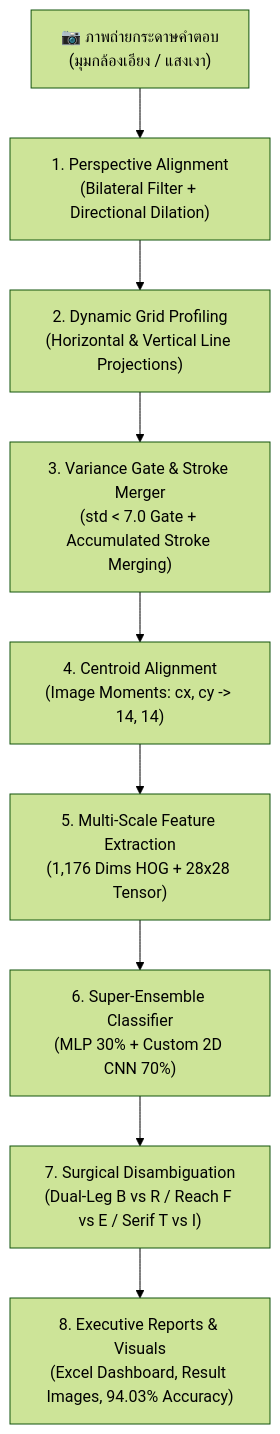
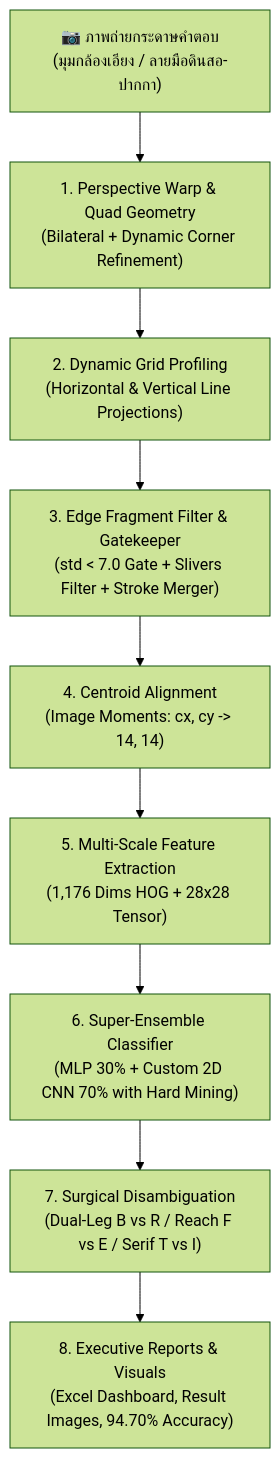
The diagram in README.md (67160213-ux/Project_CV), drawn with Mermaid (forest theme) before and after one commit. The commit also changed other lines of this file and 49 other files, not shown here.

First line of the commit message:
feat: achieve record 94.70% benchmark (3788/4000) with Quad Geometry, Hard Mining, and Early Stopping

````diff
--- a/README.md
+++ b/README.md
@@ -63,11 +73,11 @@
 ```mermaid
 graph TD
-    A["📷 ภาพถ่ายกระดาษคำตอบ<br/>(มุมกล้องเอียง / แสงเงา)"] --> B["1. Perspective Alignment<br/>(Bilateral Filter + Directional Dilation)"]
+    A["📷 ภาพถ่ายกระดาษคำตอบ<br/>(มุมกล้องเอียง / ลายมือดินสอ-ปากกา)"] --> B["1. Perspective Warp & Quad Geometry<br/>(Bilateral + Dynamic Corner Refinement)"]
     B --> C["2. Dynamic Grid Profiling<br/>(Horizontal & Vertical Line Projections)"]
-    C --> D["3. Variance Gate & Stroke Merger<br/>(std < 7.0 Gate + Accumulated Stroke Merging)"]
+    C --> D["3. Edge Fragment Filter & Gatekeeper<br/>(std < 7.0 Gate + Slivers Filter + Stroke Merger)"]
     D --> E["4. Centroid Alignment<br/>(Image Moments: cx, cy -> 14, 14)"]
     E --> F["5. Multi-Scale Feature Extraction<br/>(1,176 Dims HOG + 28x28 Tensor)"]
-    F --> G["6. Super-Ensemble Classifier<br/>(MLP 30% + Custom 2D CNN 70%)"]
+    F --> G["6. Super-Ensemble Classifier<br/>(MLP 30% + Custom 2D CNN 70% with Hard Mining)"]
     G --> H["7. Surgical Disambiguation<br/>(Dual-Leg B vs R / Reach F vs E / Serif T vs I)"]
-    H --> I["8. Executive Reports & Visuals<br/>(Excel Dashboard, Result Images, 94.03% Accuracy)"]
+    H --> I["8. Executive Reports & Visuals<br/>(Excel Dashboard, Result Images, 94.70% Accuracy)"]
 ```
````
